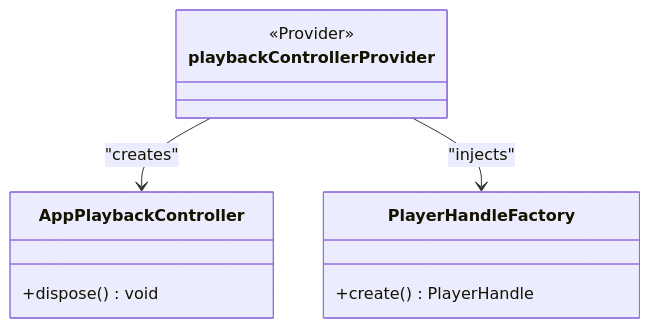
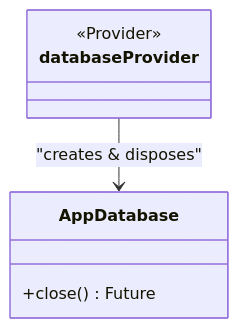
The seventh of 8 diagrams in .qoder/repowiki/en/content/Architecture Overview/State Management with Riverpod.md (Rana76-u/mytube), drawn with Mermaid before and after one commit. The commit also changed other lines of this file and 62 other files, not shown here.

````diff
--- a/.qoder/repowiki/en/content/Architecture Overview/State Management with Riverpod.md
+++ b/.qoder/repowiki/en/content/Architecture Overview/State Management with Riverpod.md
@@ -228,14 +292,10 @@
 ```mermaid
 classDiagram
-class playbackControllerProvider {
+class databaseProvider {
 <<Provider>>
 }
-class AppPlaybackController {
-+dispose() void
+class AppDatabase {
++close() Future<void>
 }
-class PlayerHandleFactory {
-+create() PlayerHandle
-}
-playbackControllerProvider --> AppPlaybackController : "creates"
-playbackControllerProvider --> PlayerHandleFactory : "injects"
+databaseProvider --> AppDatabase : "creates & disposes"
 ```
````
